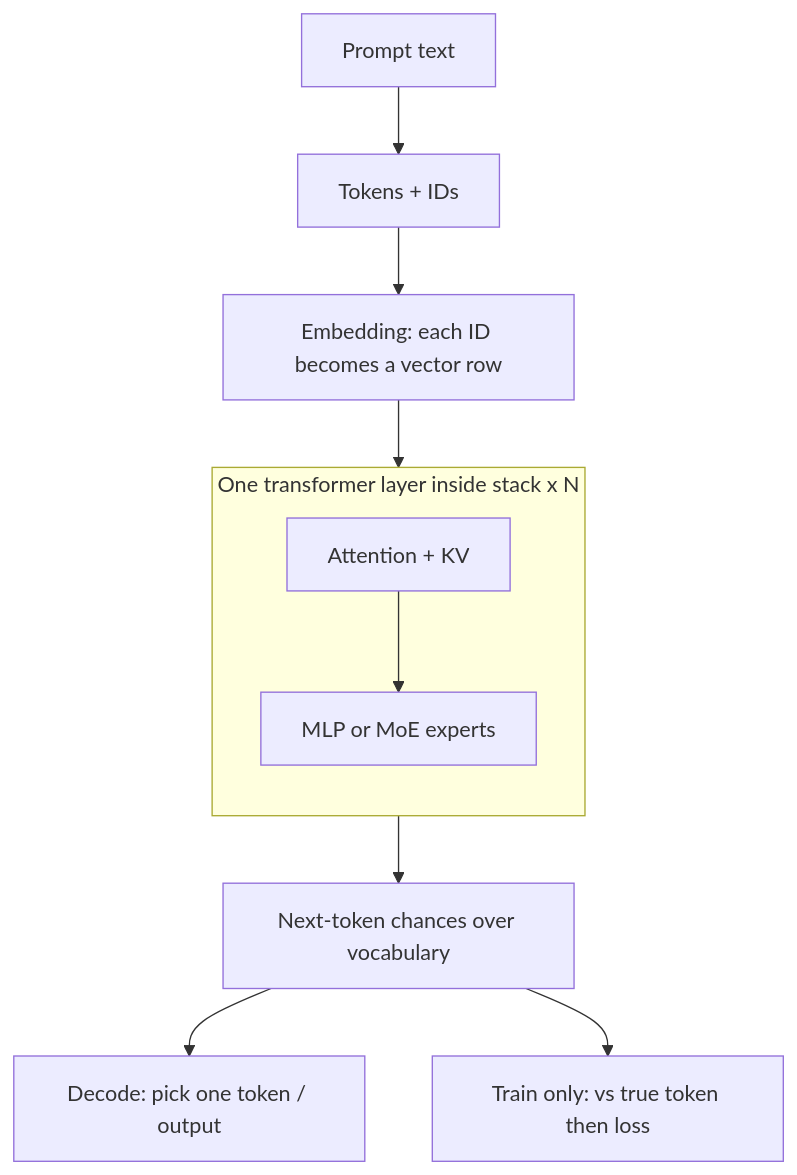
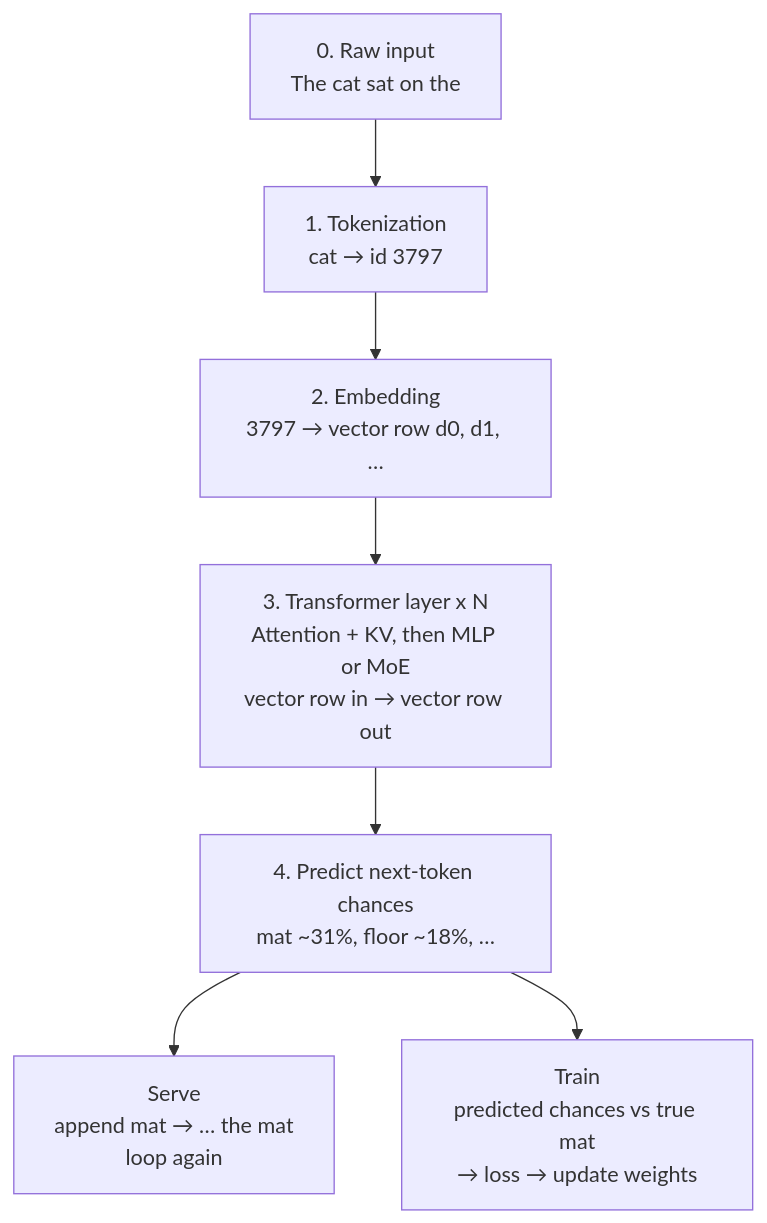
One commit to Vince-0/AI_Theory changed the first of 2 diagrams in README.md. Above: the diagram before and after it, drawn with Mermaid. The commit also changed other lines of this file, not shown here.

First line of the commit message:
Align Mermaid step names and add abbreviated toy data examples.

````diff
--- a/README.md
+++ b/README.md
@@ -53,17 +53,24 @@
 ```mermaid
 flowchart TD
-  prompt["Prompt text"] --> tok["Tokens + IDs"]
-  tok --> emb["Embedding: each ID becomes a vector row"]
+  s0["0. Raw input
+The cat sat on the"]
+  s1["1. Tokenization
+cat → id 3797"]
+  s2["2. Embedding
+3797 → vector row d0, d1, …"]
+  s3["3. Transformer layer x N
+Attention + KV, then MLP or MoE
+vector row in → vector row out"]
+  s4["4. Predict next-token chances
+mat ~31%, floor ~18%, …"]
+  serve["Serve
+append mat → … the mat
+loop again"]
+  train["Train
+predicted chances vs true mat
+→ loss → update weights"]
 
-  subgraph oneLayer ["One transformer layer inside stack x N"]
-    direction TB
-    attn["Attention + KV"]
-    ffn["MLP or MoE experts"]
-    attn --> ffn
-  end
-
-  emb --> attn
-  ffn --> pred["Next-token chances over vocabulary"]
-  pred --> out["Decode: pick one token / output"]
-  pred --> trainPath["Train only: vs true token then loss"]
+  s0 --> s1 --> s2 --> s3 --> s4
+  s4 --> serve
+  s4 --> train
 ```
````
